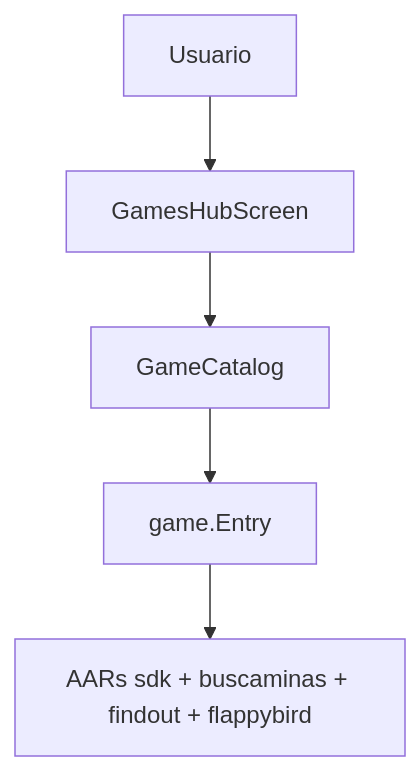
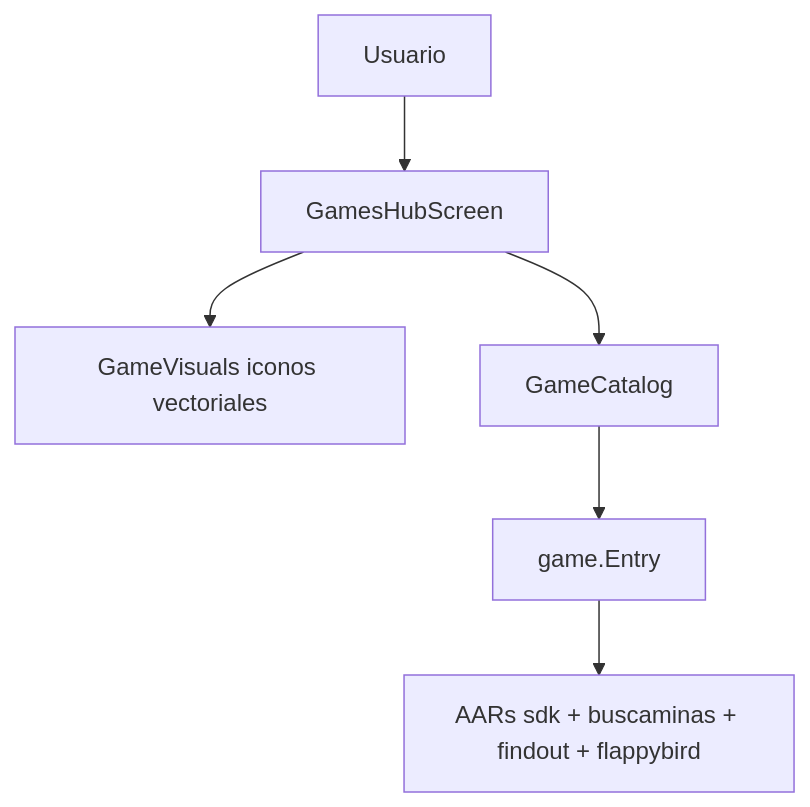
The first of 2 diagrams in docs/ESTRUCTURA.md (AlejandroHP17/MiniJuegos), drawn with Mermaid before and after one commit. The commit also changed other lines of this file and 14 other files, not shown here.

First line of the commit message:
feat(ui): hub amigable con iconos vectoriales por juego

````diff
--- a/docs/ESTRUCTURA.md
+++ b/docs/ESTRUCTURA.md
@@ -5,13 +5,15 @@
 ```mermaid
 flowchart TB
   user[Usuario]
   hub[GamesHubScreen]
+  visuals[GameVisuals iconos vectoriales]
   catalog[GameCatalog]
   entry[game.Entry]
   aars[AARs sdk + buscaminas + findout + flappybird]
 
   user --> hub
+  hub --> visuals
   hub --> catalog
   catalog --> entry
   entry --> aars
 ```
````
